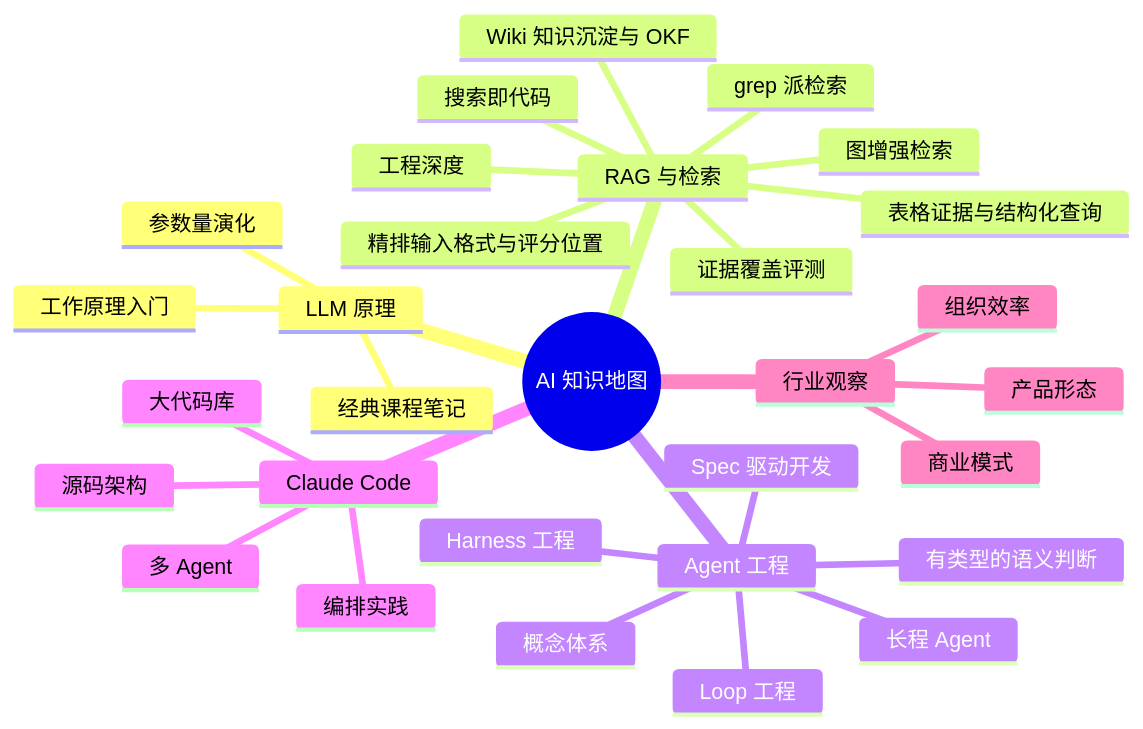
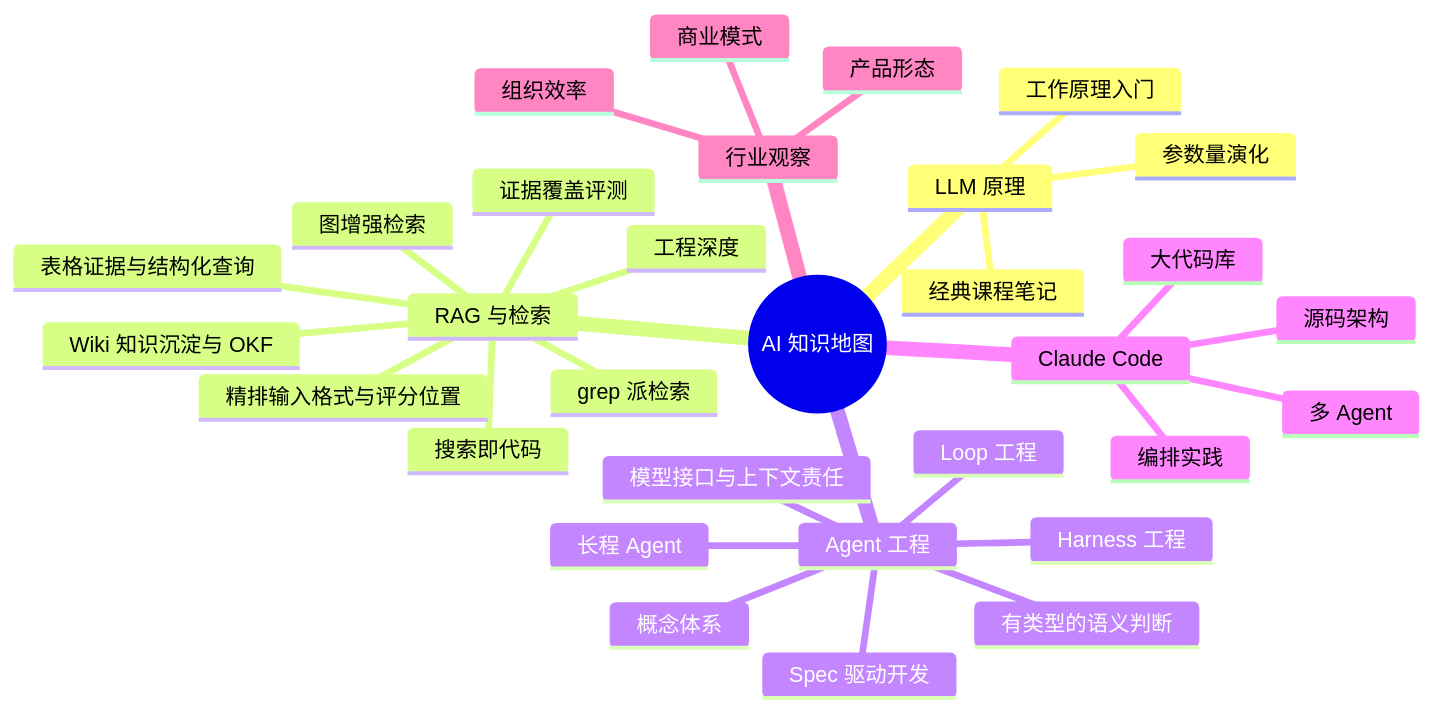
Before and after one commit to puppylpg/puppylpg.github.io: the diagram in _wiki/ai-llm-agent.md, drawn with Mermaid. The commit also changed other lines of this file and 4 other files, not shown here.

````diff
--- a/_wiki/ai-llm-agent.md
+++ b/_wiki/ai-llm-agent.md
@@ -25,33 +25,34 @@
 ```mermaid
 mindmap
   root((AI 知识地图))
     LLM 原理
       工作原理入门
       参数量演化
       经典课程笔记
     RAG 与检索
       工程深度
       精排输入格式与评分位置
       图增强检索
       grep 派检索
       搜索即代码
       证据覆盖评测
       表格证据与结构化查询
       Wiki 知识沉淀与 OKF
     Agent 工程
       概念体系
       Harness 工程
       Loop 工程
       长程 Agent
       Spec 驱动开发
       有类型的语义判断
+      模型接口与上下文责任
     Claude Code
       源码架构
       多 Agent
       大代码库
       编排实践
     行业观察
       产品形态
       商业模式
       组织效率
 ```
````
